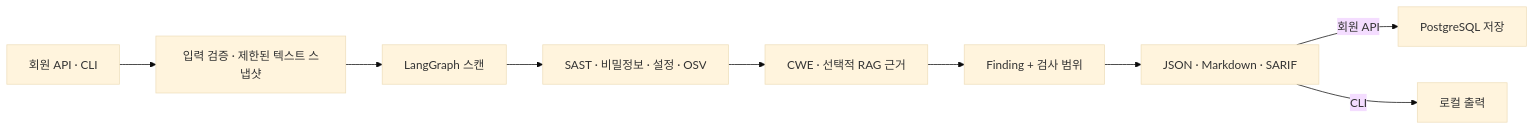
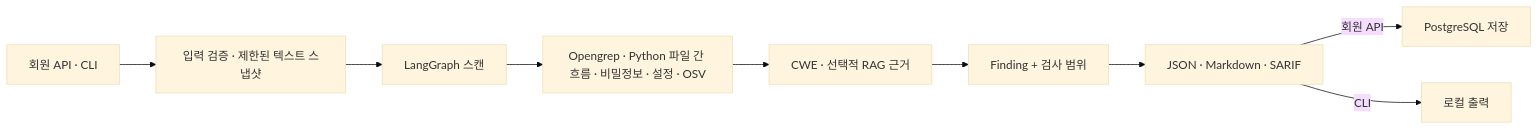
Before and after one commit to taehyeon-git/SecRAGraph: the diagram in README.md, drawn with Mermaid (base theme). The commit also changed other lines of this file and 39 other files, not shown here.

````diff
--- a/README.md
+++ b/README.md
@@ -32,11 +32,11 @@
 ```mermaid
 flowchart LR
   A["회원 API · CLI"] --> B["입력 검증 · 제한된 텍스트 스냅샷"]
   B --> C["LangGraph 스캔"]
-  C --> D["SAST · 비밀정보 · 설정 · OSV"]
+  C --> D["Opengrep · Python 파일 간 흐름 · 비밀정보 · 설정 · OSV"]
   D --> E["CWE · 선택적 RAG 근거"]
   E --> F["Finding + 검사 범위"]
   F --> G["JSON · Markdown · SARIF"]
   G -->|회원 API| H["PostgreSQL 저장"]
   G -->|CLI| I["로컬 출력"]
 ```
````
